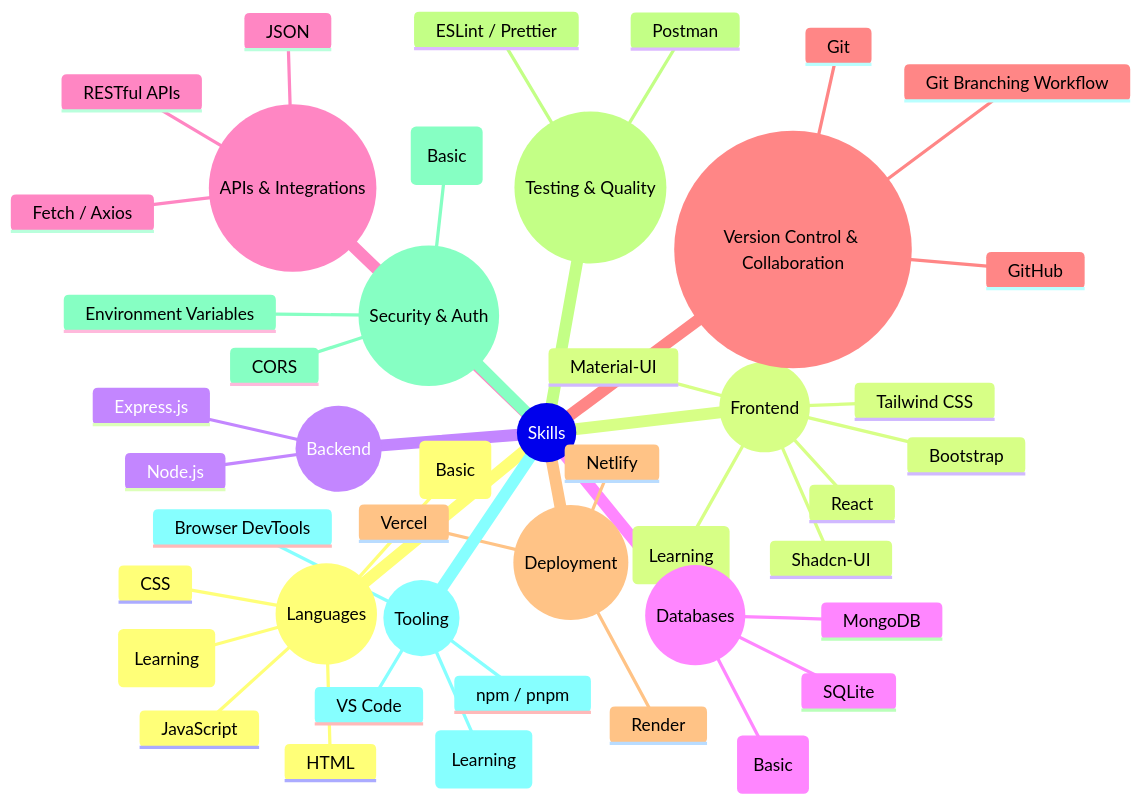
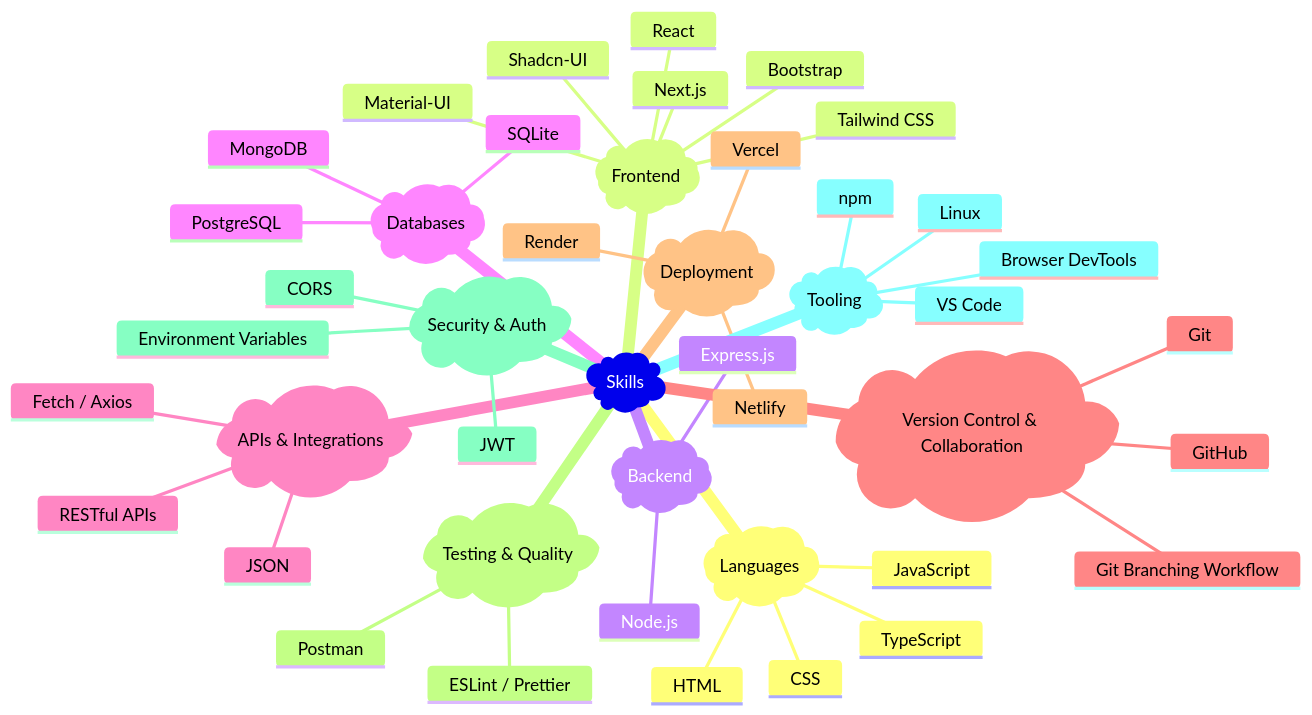
The diagram in README.md (shantoopaul/shantoopaul), drawn with Mermaid before and after one commit.

Commit message:
rearranging style

````diff
--- a/README.md
+++ b/README.md
@@ -30,48 +30,47 @@
 ```mermaid
 mindmap
-    root((Skills))
-        ((Languages))
+    root)Skills(
+        )Languages(
             JavaScript
-            TypeScript (Learning)
+            TypeScript
             HTML
             CSS
-            Bash (Basic)
-        ((Frontend))
+        )Frontend(
             React
-            Next.js (Learning)
+            Next.js
             Tailwind CSS
             Material-UI
             Shadcn-UI
             Bootstrap
-        ((Backend))
+        )Backend(
             Node.js
             Express.js
-        ((Databases))
+        )Databases(
             MongoDB
             SQLite
-            PostgreSQL (Basic)
-        ((APIs & Integrations))
+            PostgreSQL
+        )APIs & Integrations(
             RESTful APIs
             JSON
             Fetch / Axios
-        ((Version Control & Collaboration))
+        )Version Control & Collaboration(
             Git
             GitHub
             Git Branching Workflow
-        ((Deployment))
+        )Deployment(
             Vercel
             Netlify
             Render
-        ((Testing & Quality))
+        )Testing & Quality(
             Postman
             ESLint / Prettier
-        ((Security & Auth))
-            JWT (Basic)
+        )Security & Auth(
+            JWT
             Environment Variables
             CORS
-        ((Tooling))
+        )Tooling(
             VS Code
-            npm / pnpm
+            npm
             Browser DevTools
-            Linux (Learning)
+            Linux
 ```
````
